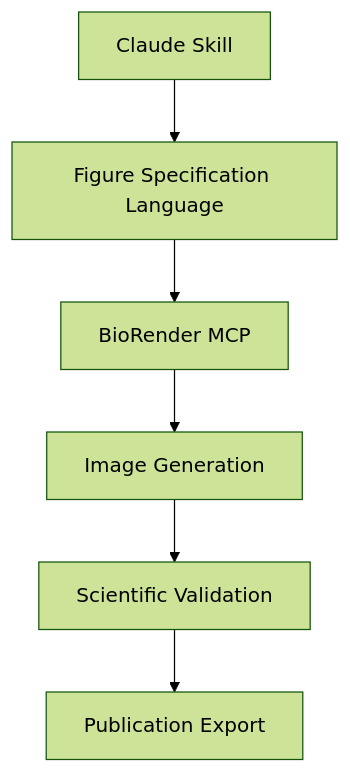
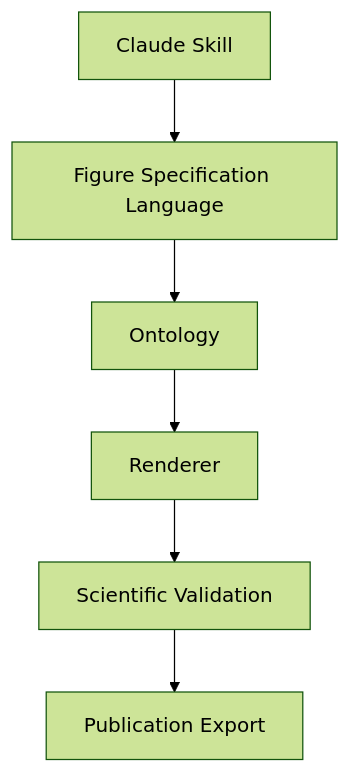
The first of 2 diagrams in README.md (insight2017aquib/MedicinalChemistryFigureDesigner), drawn with Mermaid (forest theme) before and after one commit. The commit also changed other lines of this file and 17 other files, not shown here.

Commit message:
platform(v0.4): implement scientific figure ontology

````diff
--- a/README.md
+++ b/README.md
@@ -55,8 +59,8 @@
 ```mermaid
 flowchart TD
     A[Claude Skill] --> B[Figure Specification Language]
-    B --> C[BioRender MCP]
-    C --> D[Image Generation]
-    D --> E[Scientific Validation]
+    B --> O[Ontology]
+    O --> R[Renderer]
+    R --> E[Scientific Validation]
     E --> F[Publication Export]
 ```
````
